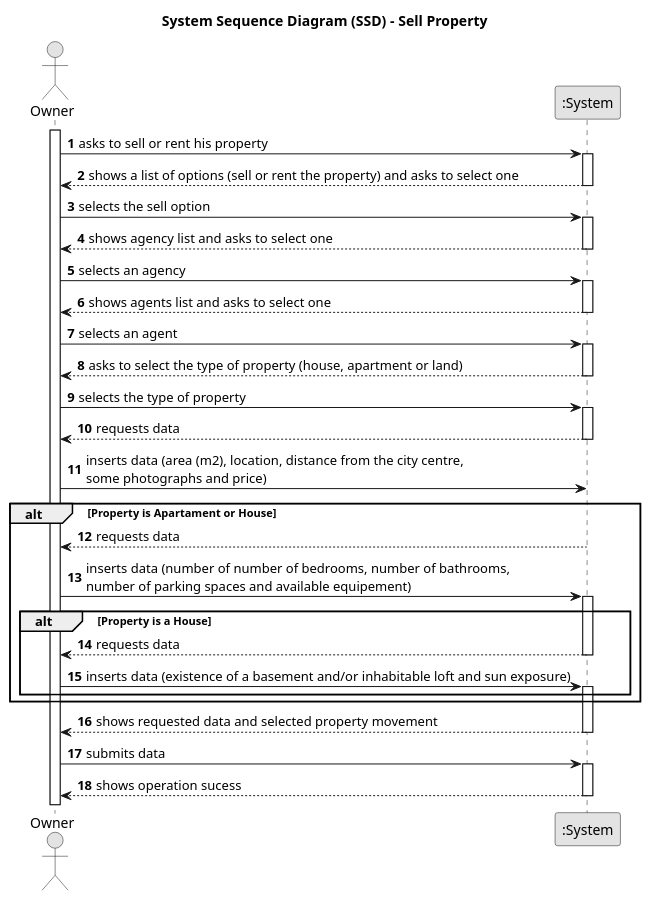
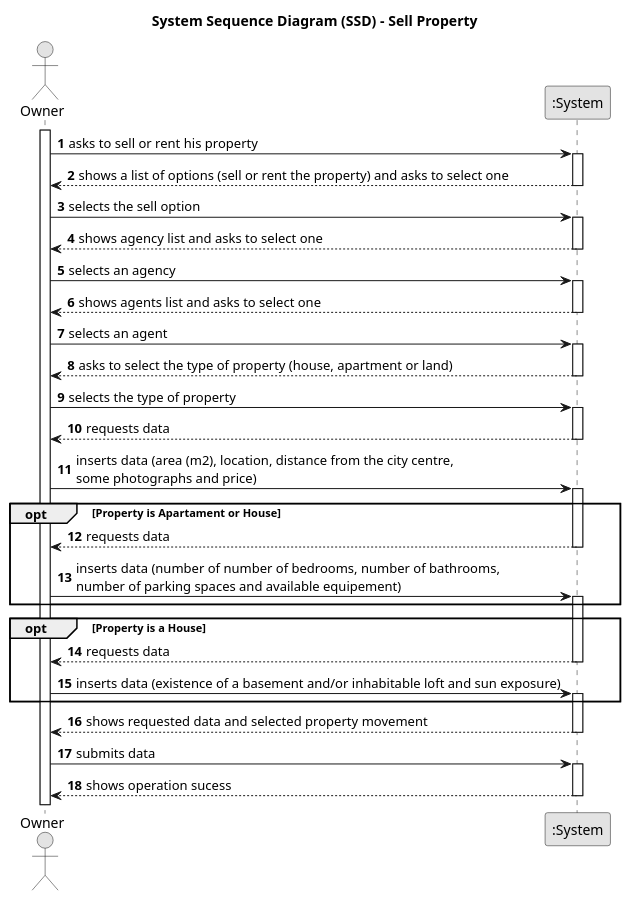
Before and after one commit to 1220812/LAPR2: the diagram in docs/sprintA/us004/01.requirements-engineering/puml/us004-system-sequence-diagram-sell.puml, drawn with PlantUML. The commit also changed 3 other files, not shown here.

```diff
--- a/docs/sprintA/us004/01.requirements-engineering/puml/us004-system-sequence-diagram-sell.puml
+++ b/docs/sprintA/us004/01.requirements-engineering/puml/us004-system-sequence-diagram-sell.puml
@@ -1,74 +1,75 @@
 @startuml
 skinparam monochrome true
 skinparam packageStyle rectangle
 skinparam shadowing false
 
 title System Sequence Diagram (SSD) - Sell Property
 
 autonumber
 
 actor "Owner" as Owner
 participant ":System" as System
 
 activate Owner
 
     Owner -> System : asks to sell or rent his property
     activate System
 
         System --> Owner : shows a list of options (sell or rent the property) and asks to select one
     deactivate System
 
     Owner -> System : selects the sell option
     activate System
 
         System --> Owner : shows agency list and asks to select one
     deactivate System
 
     Owner -> System : selects an agency
     activate System
 
         System --> Owner : shows agents list and asks to select one
     deactivate System
 
     Owner -> System : selects an agent
     activate System
 
         System --> Owner : asks to select the type of property (house, apartment or land)
     deactivate System
     Owner -> System : selects the type of property
         activate System
 
         System --> Owner : requests data
 
     deactivate System
     Owner -> System : inserts data (area (m2), location, distance from the city centre, \nsome photographs and price)
-    alt Property is Apartament or House
+    activate System
+
+    opt Property is Apartament or House
 
         System --> Owner : requests data
     deactivate System
 
-        Owner -> System : inserts data (number of number of bedrooms, number of bathrooms, \nnumber of parking spaces and available equipement)
-        activate System
+    Owner -> System : inserts data (number of number of bedrooms, number of bathrooms, \nnumber of parking spaces and available equipement)
+    activate System
 
-        alt Property is a House
+    end
+    opt Property is a House
 
-            System --> Owner : requests data
-        deactivate System
+         System --> Owner : requests data
+    deactivate System
 
-        Owner -> System : inserts data (existence of a basement and/or inhabitable loft and sun exposure)
-        activate System
-
-          end
+    Owner -> System : inserts data (existence of a basement and/or inhabitable loft and sun exposure)
+    activate System
 
     end
 
         System --> Owner : shows requested data and selected property movement
     deactivate System
 
     Owner -> System : submits data
     activate System
 
          System --> Owner : shows operation sucess
     deactivate System
 
 @enduml
```
